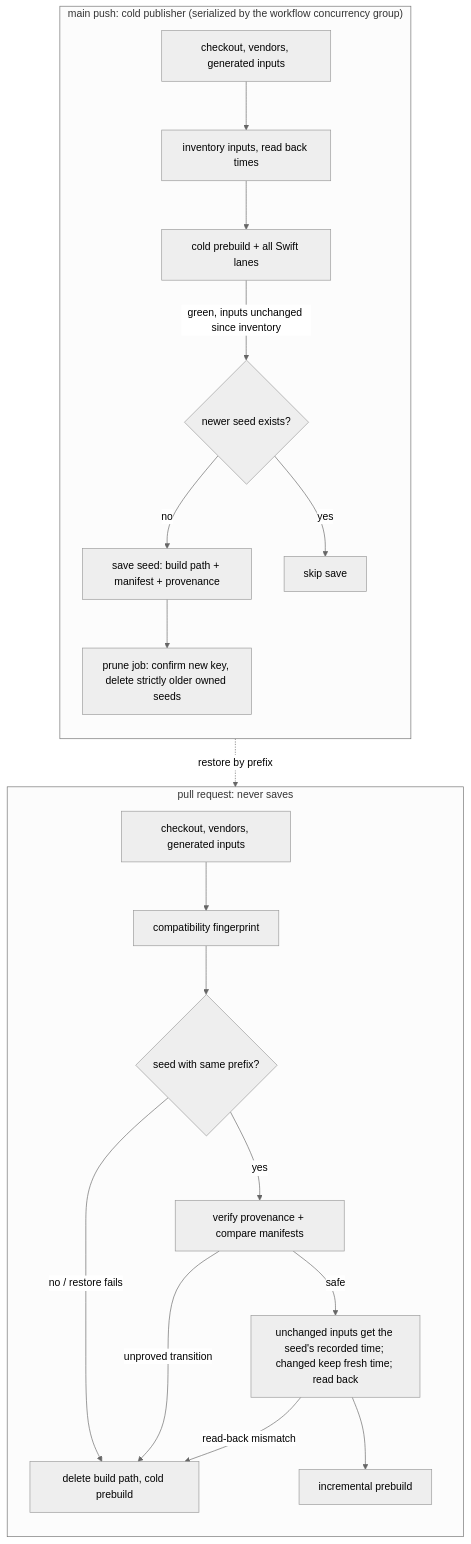
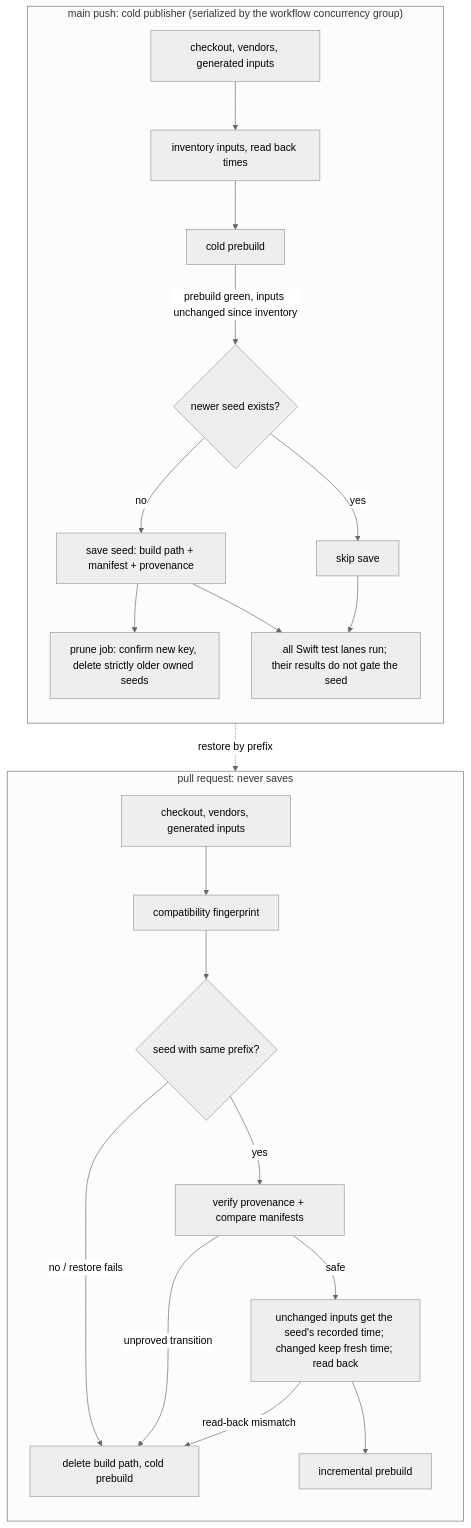
One commit to ShravanSunder/agentstudio changed the diagram in docs/specs/2026-09-27-ci-swift-build-cache/2026-09-27-ci-swift-build-cache-program-design.md. Above: the diagram before and after it, drawn with Mermaid (neutral theme). The commit also changed other lines of this file and 1 other file, not shown here.

Commit message:
Document seed publication after prebuild, independent of test results

````diff
--- a/docs/specs/2026-09-27-ci-swift-build-cache/2026-09-27-ci-swift-build-cache-program-design.md
+++ b/docs/specs/2026-09-27-ci-swift-build-cache/2026-09-27-ci-swift-build-cache-program-design.md
@@ -11,24 +11,26 @@
 ```mermaid
 flowchart TD
   subgraph main["main push: cold publisher (serialized by the workflow concurrency group)"]
     direction TB
     M1[checkout, vendors, generated inputs] --> M2[inventory inputs, read back times]
-    M2 --> M3[cold prebuild + all Swift lanes]
-    M3 -->|green, inputs unchanged since inventory| M4{newer seed exists?}
+    M2 --> M3[cold prebuild]
+    M3 -->|prebuild green, inputs unchanged since inventory| M4{newer seed exists?}
     M4 -->|no| M5[save seed: build path + manifest + provenance]
     M4 -->|yes| M7[skip save]
     M5 --> M6[prune job: confirm new key, delete strictly older owned seeds]
+    M5 --> M8[all Swift test lanes run; their results do not gate the seed]
+    M7 --> M8
   end
   subgraph pr["pull request: never saves"]
     direction TB
     P1[checkout, vendors, generated inputs] --> P2[compatibility fingerprint]
     P2 --> P3{seed with same prefix?}
     P3 -->|no / restore fails| P9[delete build path, cold prebuild]
     P3 -->|yes| P4[verify provenance + compare manifests]
     P4 -->|unproved transition| P9
     P4 -->|safe| P5[unchanged inputs get the seed's recorded time; changed keep fresh time; read back]
     P5 -->|read-back mismatch| P9
     P5 --> P6[incremental prebuild]
   end
   M5 -. restore by prefix .-> P3
 ```
````
